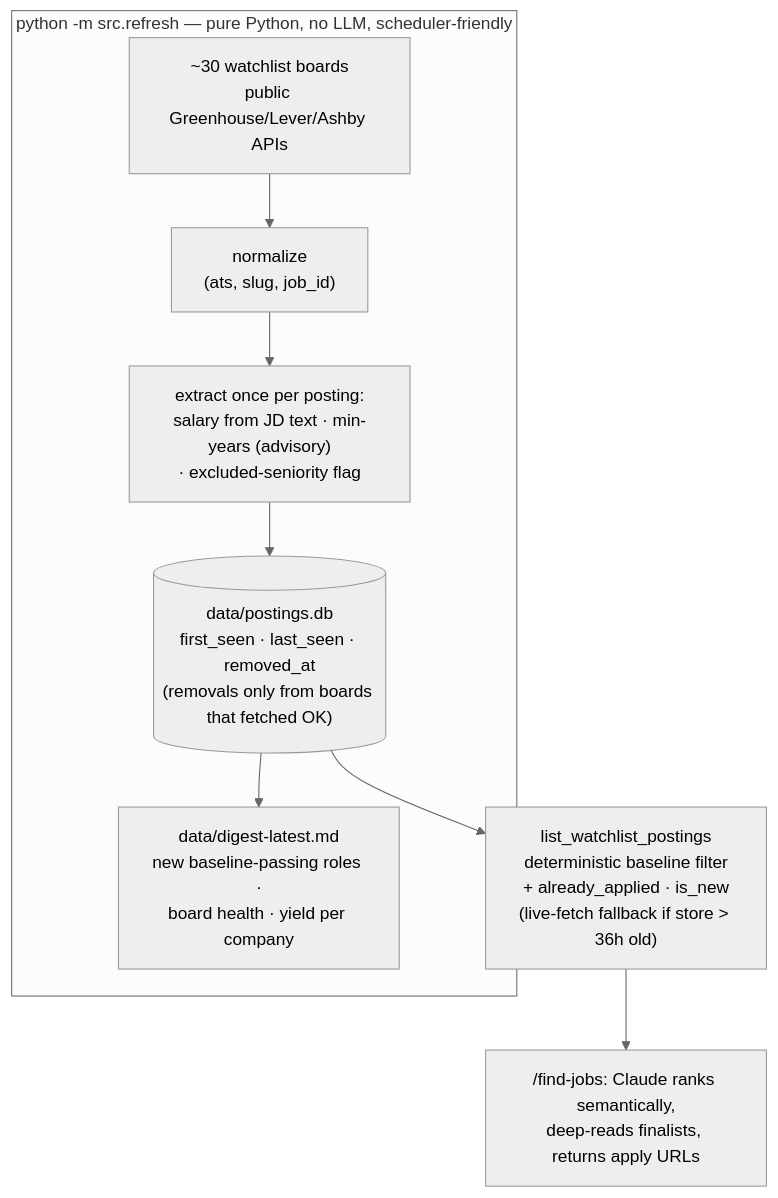
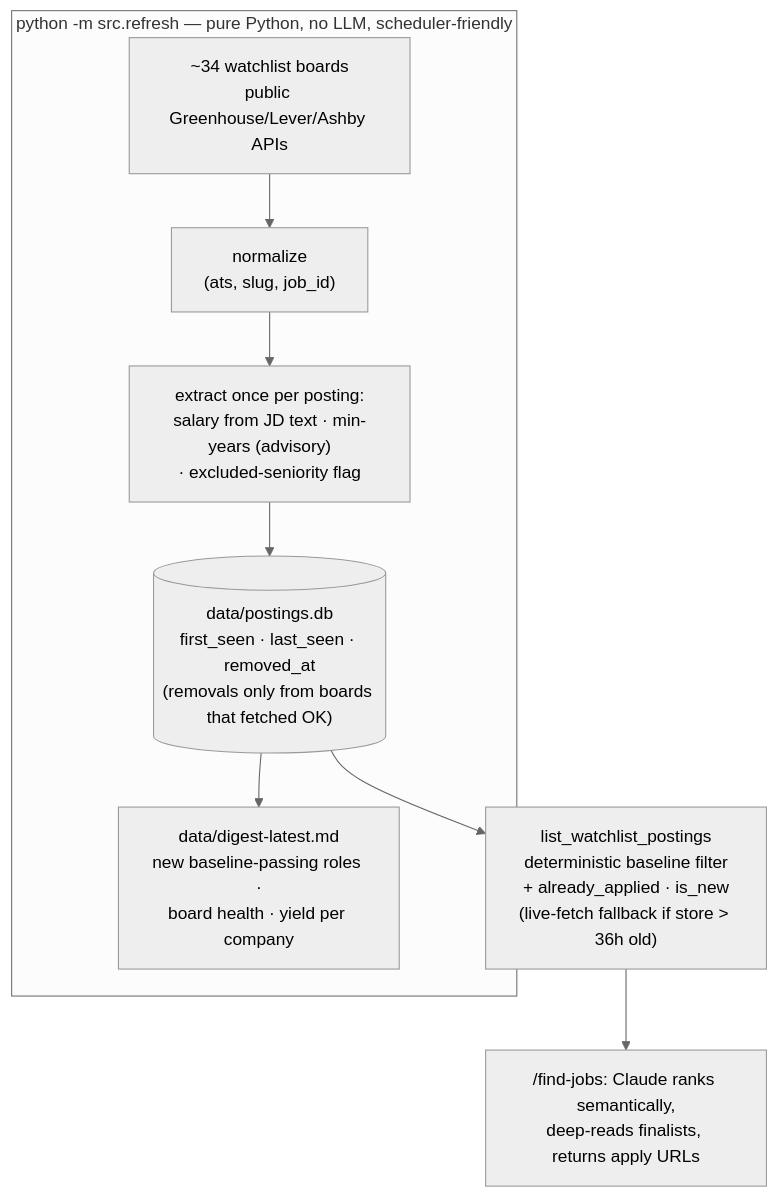
The first of 2 diagrams in README.md (sbhaskaran0/job-applier), drawn with Mermaid (neutral theme) before and after one commit. The commit also changed 4 other files, not shown here.

````diff
--- a/README.md
+++ b/README.md
@@ -56,11 +56,11 @@
 ```mermaid
 flowchart TD
     subgraph ING["python -m src.refresh — pure Python, no LLM, scheduler-friendly"]
-        B["~30 watchlist boards<br/>public Greenhouse/Lever/Ashby APIs"] --> N["normalize<br/>(ats, slug, job_id)"]
+        B["~34 watchlist boards<br/>public Greenhouse/Lever/Ashby APIs"] --> N["normalize<br/>(ats, slug, job_id)"]
         N --> X["extract once per posting:<br/>salary from JD text · min-years (advisory)<br/>· excluded-seniority flag"]
         X --> DB[("data/postings.db<br/>first_seen · last_seen · removed_at<br/>(removals only from boards that fetched OK)")]
         DB --> DG["data/digest-latest.md<br/>new baseline-passing roles ·<br/>board health · yield per company"]
     end
     DB --> Q["list_watchlist_postings<br/>deterministic baseline filter<br/>+ already_applied · is_new<br/>(live-fetch fallback if store > 36h old)"]
     Q --> R["/find-jobs: Claude ranks semantically,<br/>deep-reads finalists, returns apply URLs"]
 ```
````
